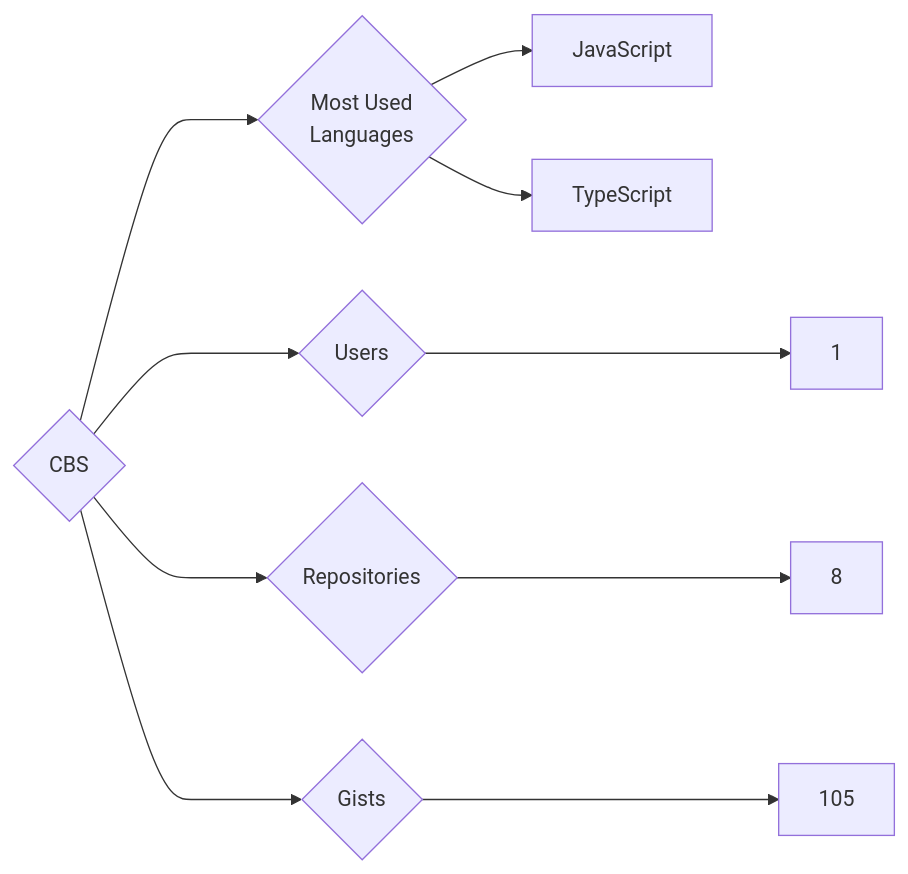
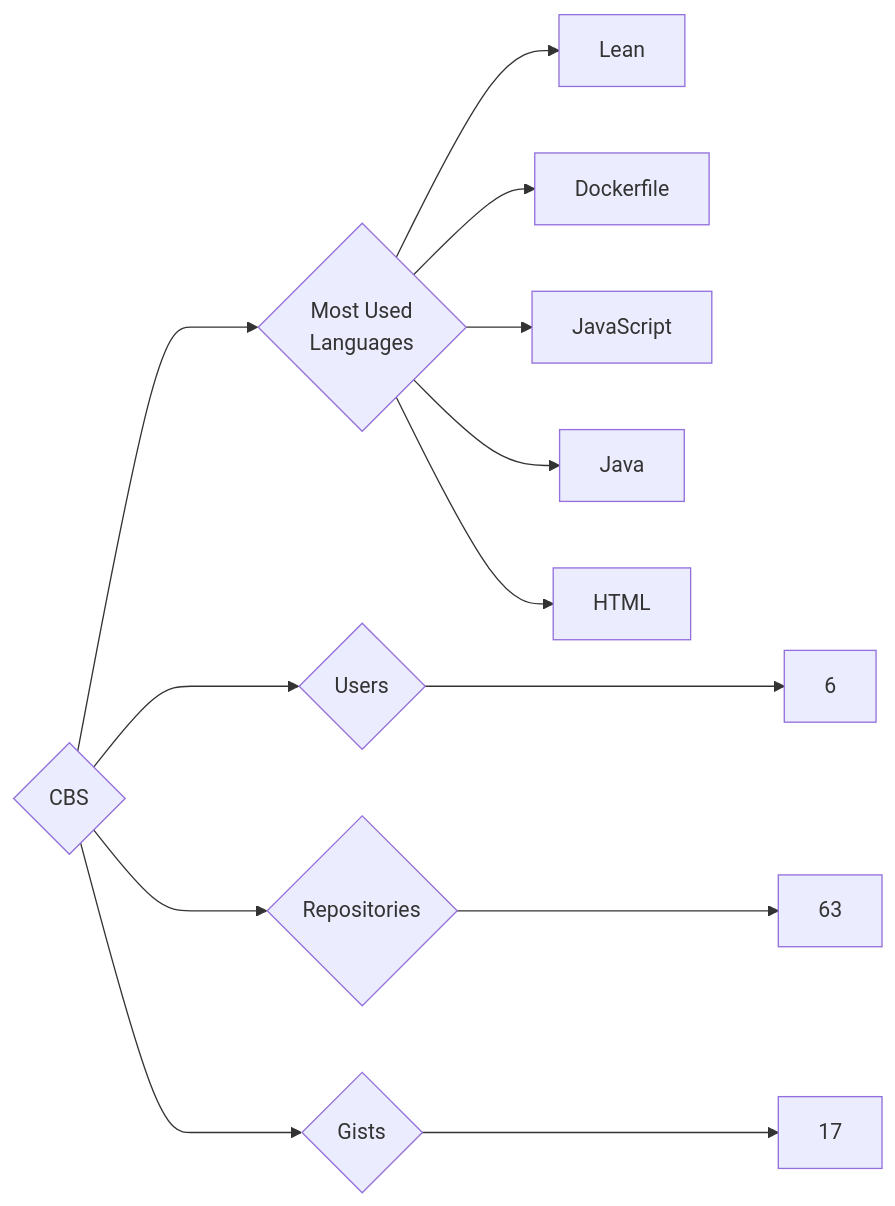
One commit to trickest/insiders changed the diagram in targets/CBS/README.md. Above: the diagram before and after it, drawn with Mermaid. The commit also changed 1166 other files, not shown here.

````diff
--- a/targets/CBS/README.md
+++ b/targets/CBS/README.md
@@ -3,10 +3,13 @@
 ```mermaid
 graph LR
 COMPANY_NAME{CBS}
-COMPANY_NAME ---> U{Users} ---> UN[1]
-COMPANY_NAME ---> R{Repositories} ---> RN[8]
-COMPANY_NAME ---> G{Gists} ---> GN[105]
+COMPANY_NAME ---> U{Users} ---> UN[6]
+COMPANY_NAME ---> R{Repositories} ---> RN[63]
+COMPANY_NAME ---> G{Gists} ---> GN[17]
 COMPANY_NAME ---> ML{Most Used<br>Languages}
+ML --> Lean[Lean]
+ML --> Dockerfile[Dockerfile]
 ML --> JavaScript[JavaScript]
-ML --> TypeScript[TypeScript]
+ML --> Java[Java]
+ML --> HTML[HTML]
 ```
````
